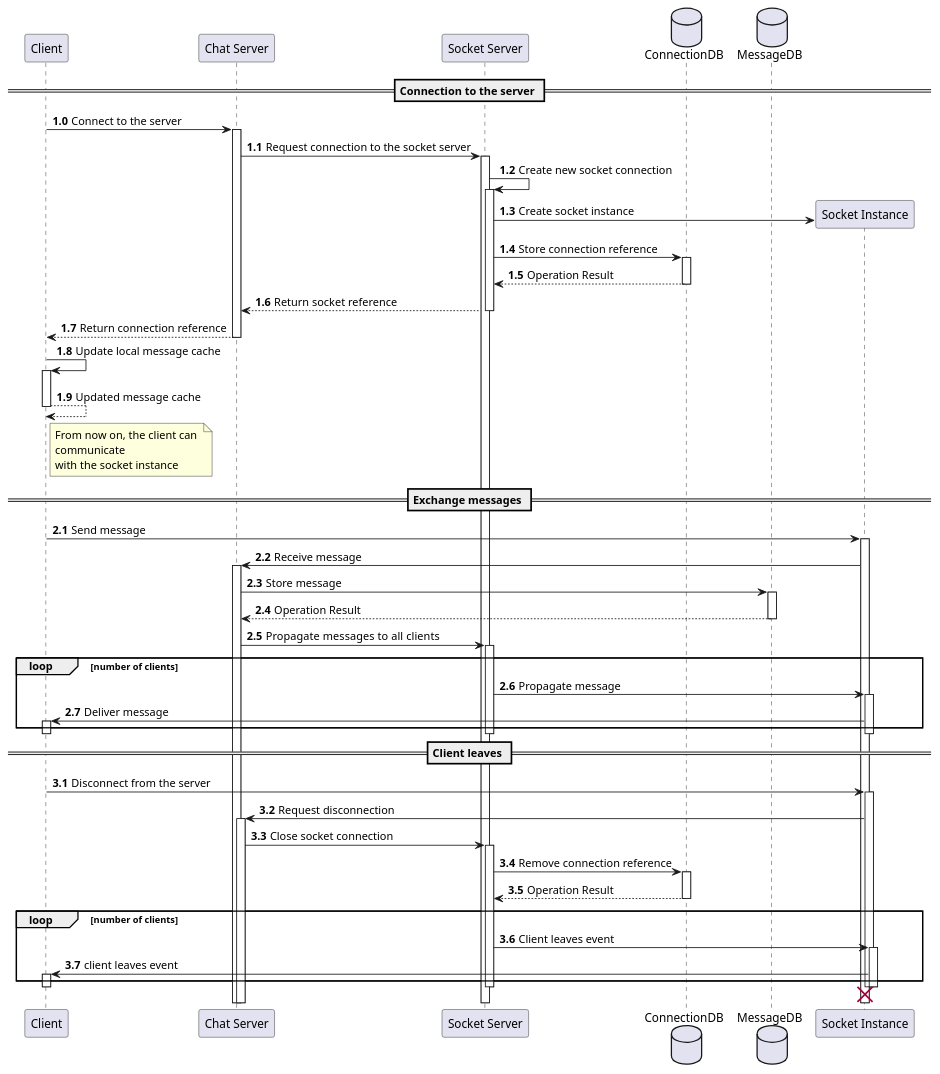
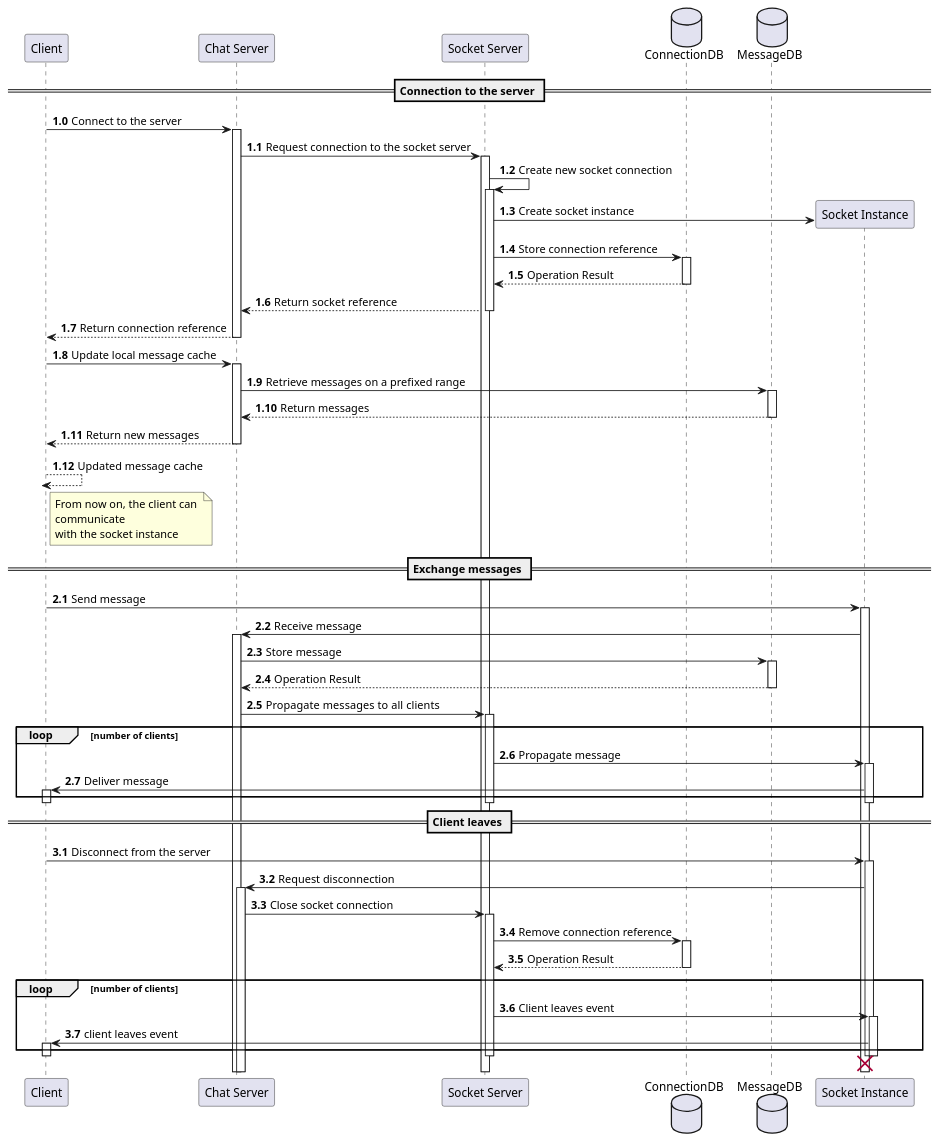
Before and after one commit to position-pal/Documentation: the diagram in content/schemas/chat-sequence.puml, drawn with PlantUML. The commit also changed 1 other file, not shown here.

Commit message:
doc: add client-sync for chat

```diff
--- a/content/schemas/chat-sequence.puml
+++ b/content/schemas/chat-sequence.puml
@@ -1,67 +1,70 @@
 @startuml Chat Sequence UML Diagram
 autonumber 1.0
 autoactivate on
 
 participant "Client" as C
 participant "Chat Server" as ChatS
 participant "Socket Server" as SocketS
 database "ConnectionDB" as CDB
 database "MessageDB" as MDB
 
 
 == Connection to the server ==
 C -> ChatS: Connect to the server
 ChatS -> SocketS: Request connection to the socket server
 SocketS -> SocketS: Create new socket connection
 SocketS -> "Socket Instance" ** : Create socket instance
 SocketS -> CDB: Store connection reference
 CDB --> SocketS: Operation Result
 SocketS --> ChatS: Return socket reference
 ChatS --> C: Return connection reference
-C -> C: Update local message cache
+C -> ChatS: Update local message cache
+ChatS -> MDB: Retrieve messages on a prefixed range
+MDB --> ChatS: Return messages
+ChatS --> C: Return new messages
 C --> C: Updated message cache
 note right of C
   From now on, the client can 
   communicate 
   with the socket instance
 end note
 
 == Exchange messages ==
 
 autonumber inc A
 C -> "Socket Instance": Send message
 "Socket Instance" -> ChatS: Receive message
 ChatS -> MDB: Store message
 MDB --> ChatS: Operation Result
 ChatS -> SocketS: Propagate  messages to all clients
 loop number of clients
     SocketS -> "Socket Instance": Propagate message
     "Socket Instance" -> C: Deliver message
 end
 deactivate "Socket Instance"
 deactivate SocketS
 deactivate C
 
 
 == Client leaves ==
 
 autonumber inc A
 C -> "Socket Instance": Disconnect from the server
 "Socket Instance" -> ChatS: Request disconnection
 
 ChatS -> SocketS: Close socket connection
 SocketS -> CDB: Remove connection reference
 CDB --> SocketS: Operation Result
 loop number of clients
     SocketS -> "Socket Instance": Client leaves event
     "Socket Instance" -> C: client leaves event
 end
 deactivate "Socket Instance"
 deactivate SocketS
 deactivate C
 
 destroy "Socket Instance"
 
 
 
 @enduml
```
